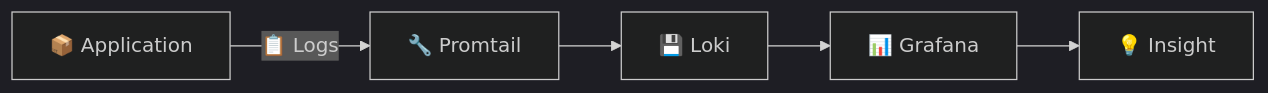
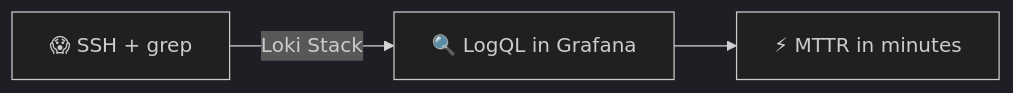
The first of 10 diagrams in lectures/lec7.md (inno-devops-labs/DevOps-Core-Course), drawn with Mermaid (dark theme) before and after one commit. The commit also changed other lines of this file and 24 other files, not shown here.

````diff
--- a/lectures/lec7.md
+++ b/lectures/lec7.md
@@ -10,7 +10,5 @@
 ```mermaid
 flowchart LR
-  App[📦 Application] -->|📋 Logs| Collect[🔧 Promtail]
-  Collect --> Store[💾 Loki]
-  Store --> View[📊 Grafana]
-  View --> Insight[💡 Insight]
+  Blind[😱 SSH + grep] -->|Loki Stack| Insight[🔍 LogQL in Grafana]
+  Insight --> Value[⚡ MTTR in minutes]
 ```
````
